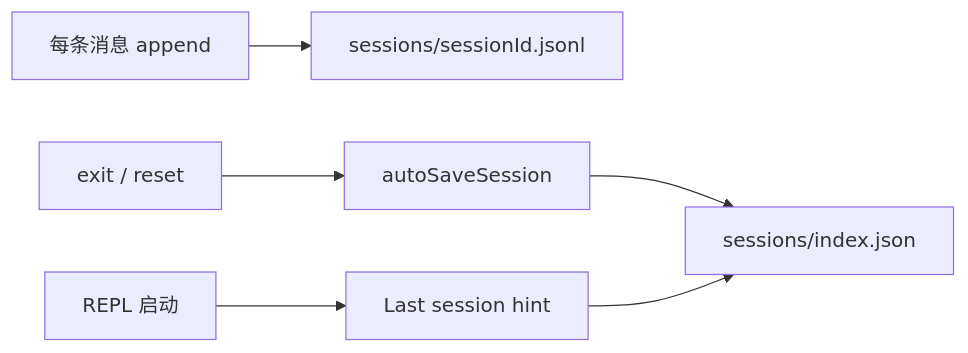
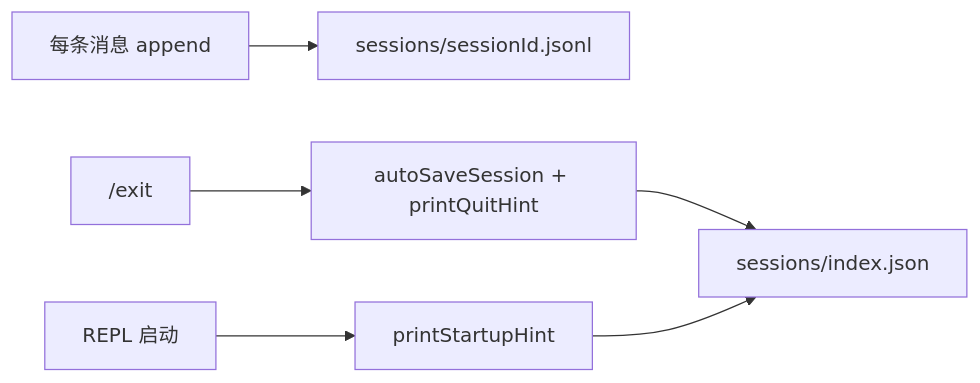
Before and after one commit to chendpoc/moontide: the diagram in docs/notes/session-persistence.md, drawn with Mermaid. The commit also changed other lines of this file and 5 other files, not shown here.

First line of the commit message:
feat(session): print session id and resume hint on REPL exit and startup

````diff
--- a/docs/notes/session-persistence.md
+++ b/docs/notes/session-persistence.md
@@ -45,8 +45,8 @@
 ```mermaid
 flowchart LR
   append["每条消息 append"] --> jsonl["sessions/sessionId.jsonl"]
-  exit["exit / reset"] --> autoSave["autoSaveSession"]
+  exit["/exit"] --> autoSave["autoSaveSession + printQuitHint"]
   autoSave --> index["sessions/index.json"]
-  startup["REPL 启动"] --> hint["Last session hint"]
+  startup["REPL 启动"] --> hint["printStartupHint"]
   hint --> index
 ```
````
